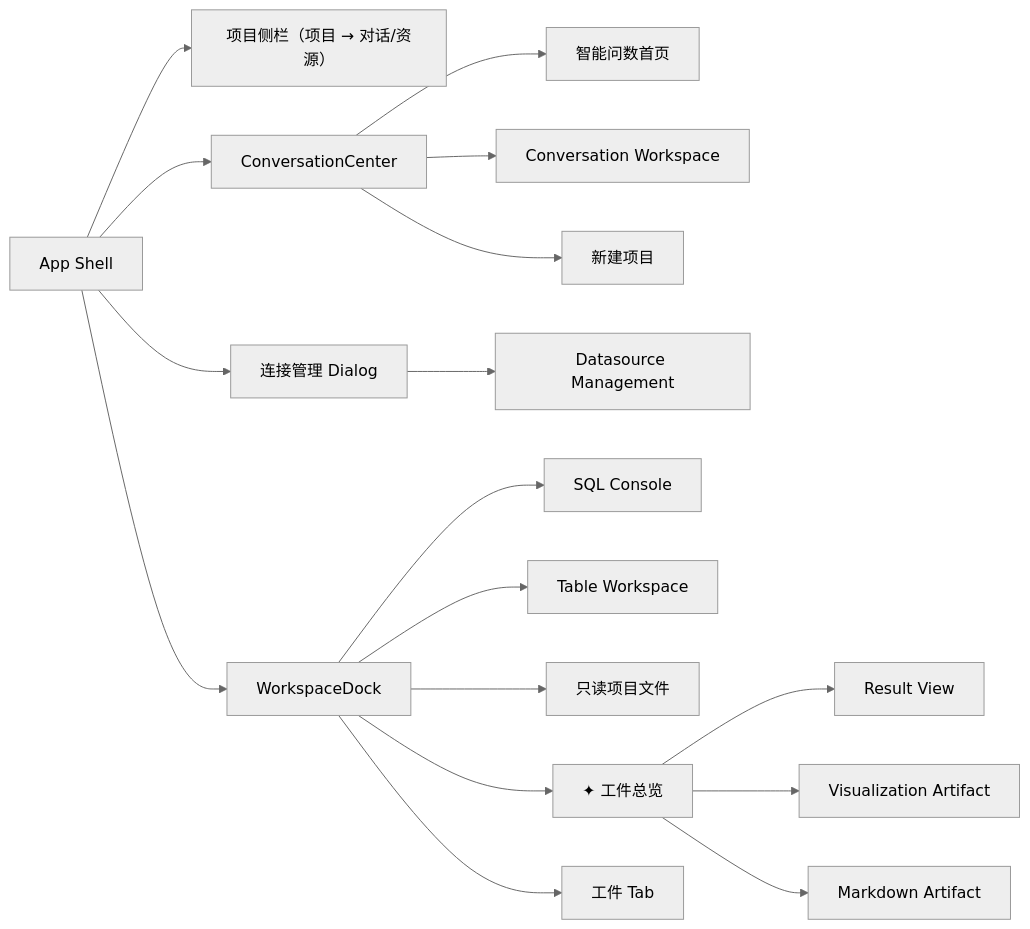
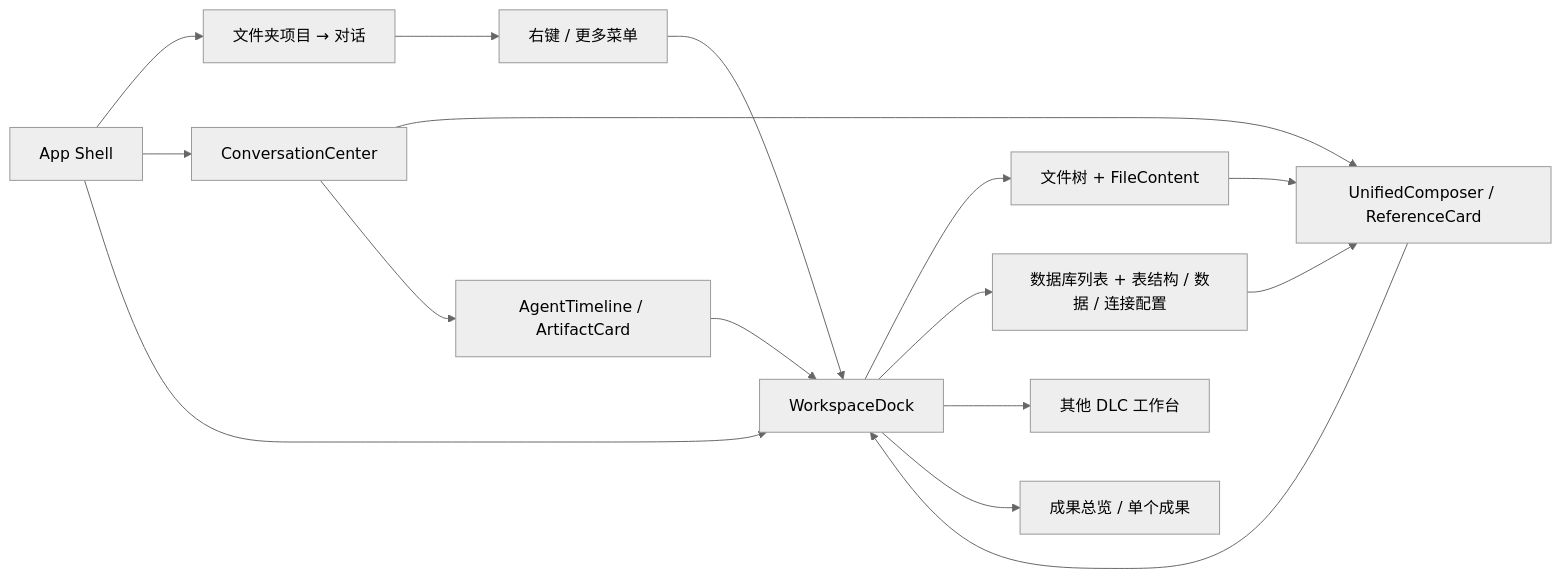
One commit to trrueee/DBFox changed the second of 5 diagrams in docs/architecture/frontend.md. Above: the diagram before and after it, drawn with Mermaid (neutral theme). The commit also changed other lines of this file and 312 other files, not shown here.

````diff
--- a/docs/architecture/frontend.md
+++ b/docs/architecture/frontend.md
@@ -82,23 +81,18 @@
 ```mermaid
 flowchart LR
-  APP["App Shell"] --> TREE["项目侧栏（项目 → 对话/资源）"]
+  APP["App Shell"] --> TREE["文件夹项目 → 对话"]
   APP --> CENTER["ConversationCenter"]
   APP --> DOCK["WorkspaceDock"]
-  APP --> MODAL["连接管理 Dialog"]
-
-  CENTER --> HOME["智能问数首页"]
-  CENTER --> CONV["Conversation Workspace"]
-  CENTER --> PROJECT["新建项目"]
-
-  MODAL --> DS["Datasource Management"]
-
-  DOCK --> SQL["SQL Console"]
-  DOCK --> TABLE["Table Workspace"]
-  DOCK --> FILE["只读项目文件"]
-  DOCK --> ARTIFACTS["✦ 工件总览"]
-  DOCK --> ARTIFACT["工件 Tab"]
-
-  ARTIFACTS --> RESULT["Result View"]
-  ARTIFACTS --> VIZ["Visualization Artifact"]
-  ARTIFACTS --> NOTE["Markdown Artifact"]
+  TREE --> MENU["右键 / 更多菜单"]
+  MENU --> DOCK
+  CENTER --> COMPOSER["UnifiedComposer / ReferenceCard"]
+  CENTER --> TIMELINE["AgentTimeline / ArtifactCard"]
+  COMPOSER --> DOCK
+  TIMELINE --> DOCK
+  DOCK --> FILE["文件树 + FileContent"]
+  DOCK --> DATA["数据库列表 + 表结构 / 数据 / 连接配置"]
+  DOCK --> DOMAIN["其他 DLC 工作台"]
+  DOCK --> ARTIFACT["成果总览 / 单个成果"]
+  FILE --> COMPOSER
+  DATA --> COMPOSER
 ```
````
